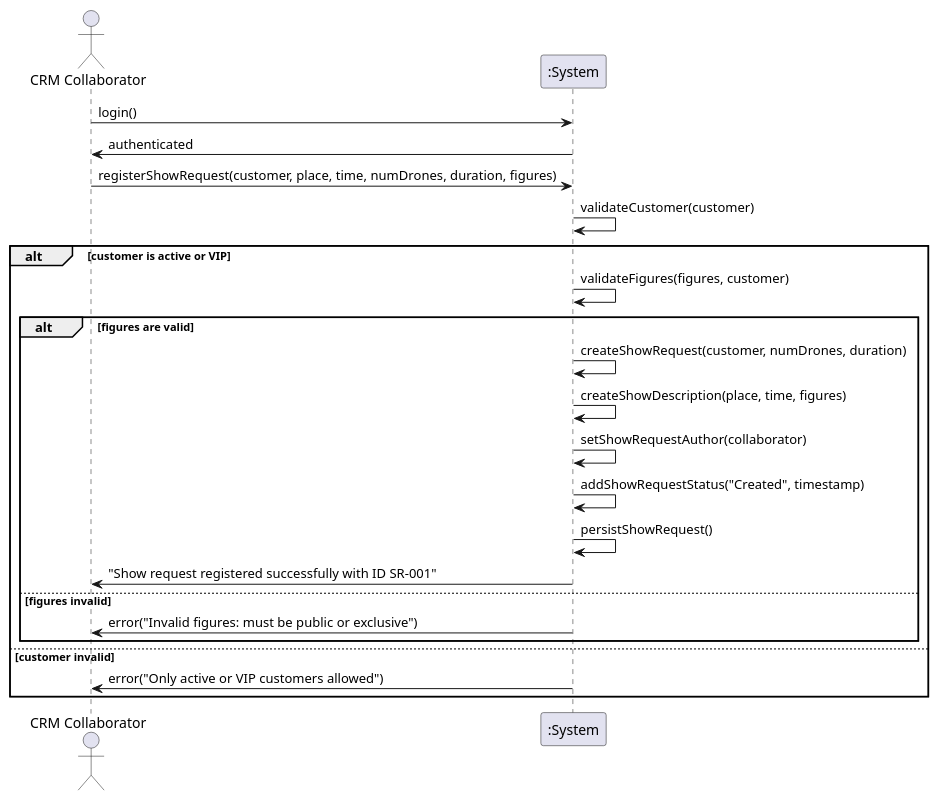
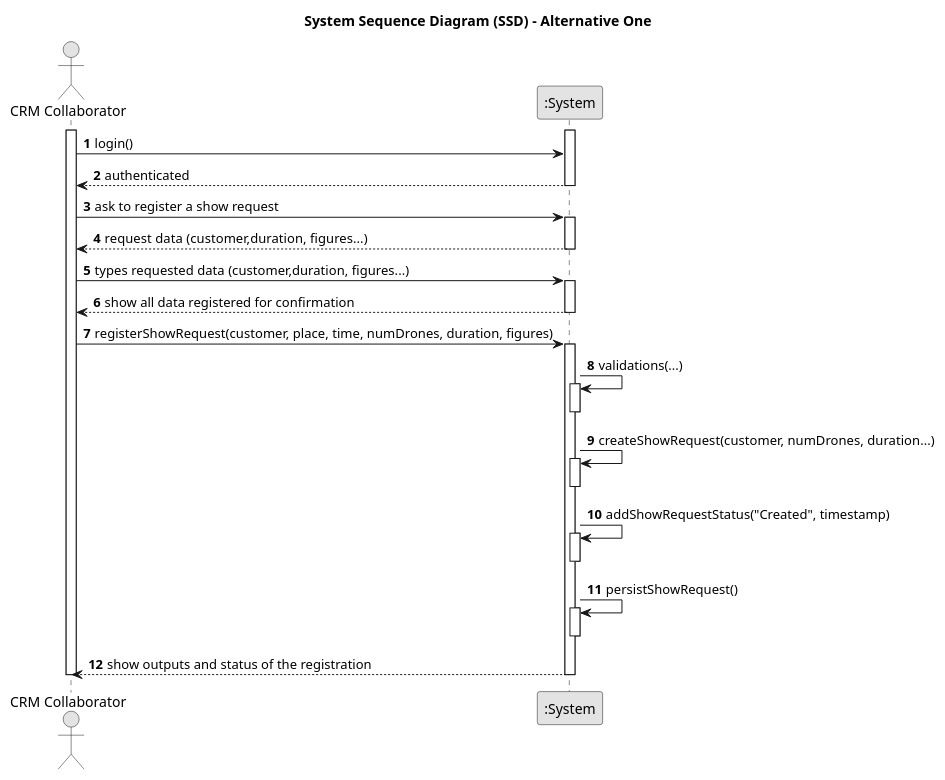
The diagram in docs/planning/sprint2/EAPLI/US230 -  Register Show request/01.requirements-engineering/puml/us230-sequence-diagram.puml (SAEmanuel/Shodrone_ISEP), drawn with PlantUML before and after one commit. The commit also changed other lines of this file and 1 other file, not shown here.

Commit message:
[US230 - Register Show request - Issue #7/#3] Requirements Engineering - Generic puml.

```diff
--- a/docs/planning/sprint2/EAPLI/US230 -  Register Show request/01.requirements-engineering/puml/us230-sequence-diagram.puml
+++ b/docs/planning/sprint2/EAPLI/US230 -  Register Show request/01.requirements-engineering/puml/us230-sequence-diagram.puml
@@ -2,25 +1,67 @@
 @startuml
+skinparam monochrome true
+skinparam packageStyle rectangle
+skinparam shadowing false
+
+title System Sequence Diagram (SSD) - Alternative One
+
+autonumber
+
 actor "CRM Collaborator" as Collaborator
 participant ":System" as System
 
-Collaborator -> System: login()
-System -> Collaborator: authenticated
-Collaborator -> System: registerShowRequest(customer, place, time, numDrones, duration, figures)
-System -> System: validateCustomer(customer)
-alt customer is active or VIP
-    System -> System: validateFigures(figures, customer)
-    alt figures are valid
-        System -> System: createShowRequest(customer, numDrones, duration)
-        System -> System: createShowDescription(place, time, figures)
-        System -> System: setShowRequestAuthor(collaborator)
+activate Collaborator
+
+    activate System
+
+    Collaborator -> System: login()
+    System --> Collaborator: authenticated
+
+    deactivate System
+    Collaborator -> System: ask to register a show request
+
+    activate System
+
+    System --> Collaborator: request data (customer,duration, figures...)
+    deactivate System
+    Collaborator -> System: types requested data (customer,duration, figures...)
+
+    activate System
+
+    System --> Collaborator: show all data registered for confirmation
+    deactivate System
+    Collaborator -> System: registerShowRequest(customer, place, time, numDrones, duration, figures)
+
+    activate System
+
+        System -> System: validations(...)
+        activate System
+
+        deactivate System
+
+        System -> System: createShowRequest(customer, numDrones, duration...)
+        activate System
+
+        deactivate System
+
         System -> System: addShowRequestStatus("Created", timestamp)
+        activate System
+
+        deactivate System
+
         System -> System: persistShowRequest()
-        System -> Collaborator: "Show request registered successfully with ID SR-001"
-    else figures invalid
-        System -> Collaborator: error("Invalid figures: must be public or exclusive")
-    end
-else customer invalid
-    System -> Collaborator: error("Only active or VIP customers allowed")
-end
+        activate System
+
+        deactivate System
+
+        System --> Collaborator: show outputs and status of the registration
+    deactivate System
+
+
+
+deactivate Collaborator
+
+
+
 
 @enduml
```
